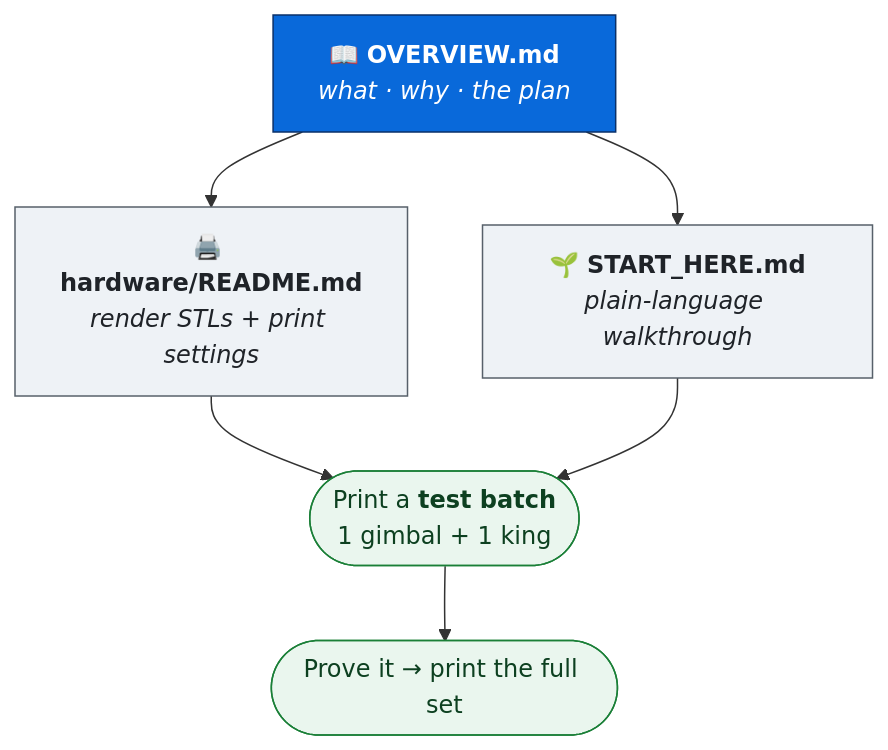
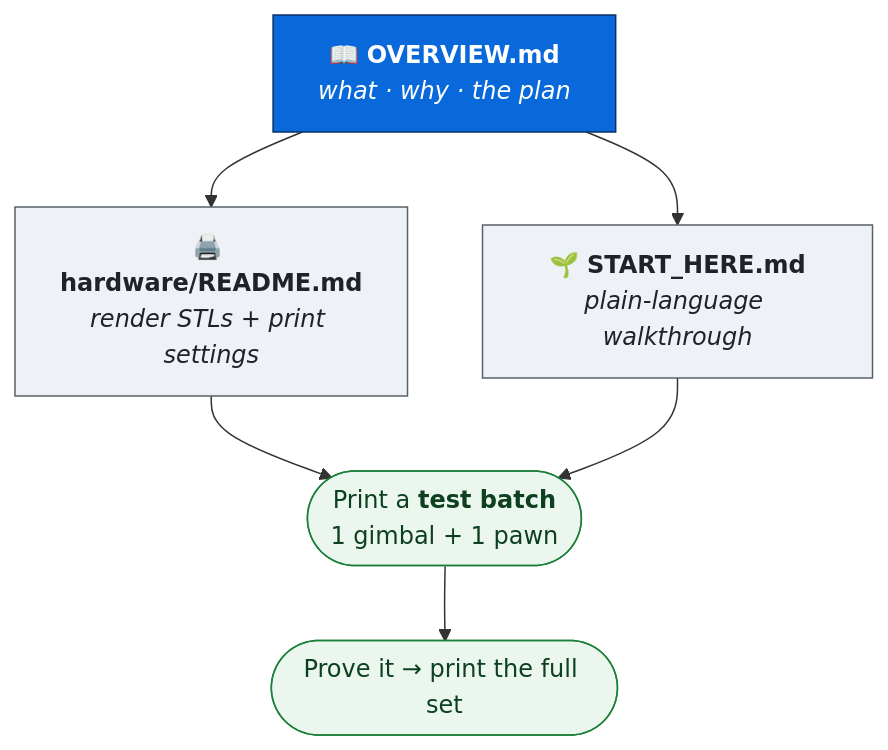
One commit to dhanjit/vertical-chess-board changed the second of 2 diagrams in docs/OVERVIEW.md. Above: the diagram before and after it, drawn with Mermaid. The commit also changed other lines of this file and 15 other files, not shown here.

````diff
--- a/docs/OVERVIEW.md
+++ b/docs/OVERVIEW.md
@@ -140,15 +142,15 @@
 ```mermaid
 flowchart TD
     A["📖 <b>OVERVIEW.md</b><br/><i>what · why · the plan</i>"]
     A --> B["🖨️ <b>hardware/README.md</b><br/><i>render STLs + print settings</i>"]
     A --> C["🌱 <b>START_HERE.md</b><br/><i>plain-language walkthrough</i>"]
-    B --> D(["Print a <b>test batch</b><br/>1 gimbal + 1 king"])
+    B --> D(["Print a <b>test batch</b><br/>1 gimbal + 1 pawn"])
     C --> D
     D --> E(["Prove it → print the full set"])
     classDef hub fill:#0969da,stroke:#0a3069,color:#ffffff;
     classDef step fill:#eef2f6,stroke:#57606a,color:#1f2328;
     classDef goal fill:#eaf6ee,stroke:#1a7f37,color:#0d4020;
     class A hub;
     class B,C step;
     class D,E goal;
 ```
````
